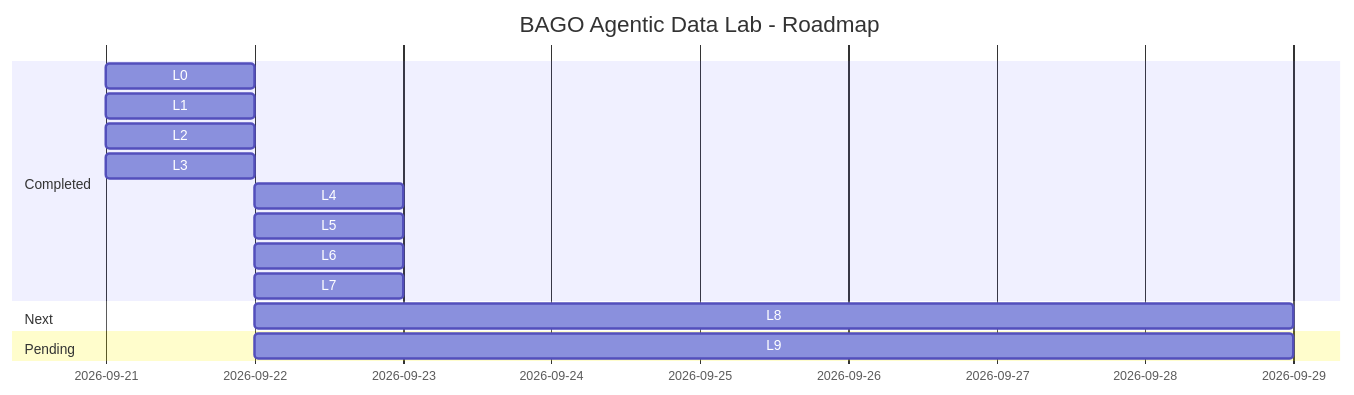
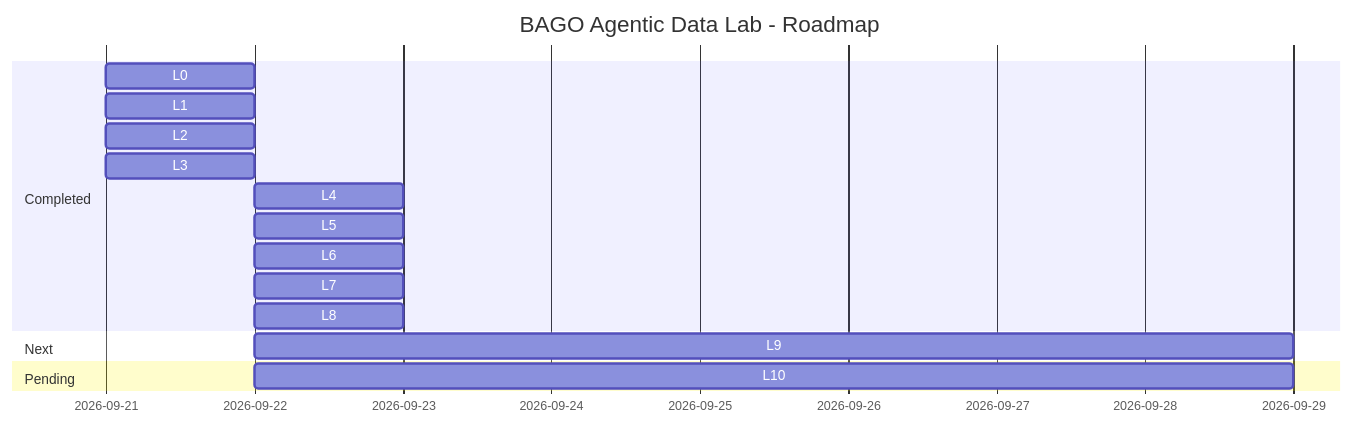
The diagram in README.md (MarcValls/BAGO_AGENTIC_DATA_LAB), drawn with Mermaid before and after one commit. The commit also changed other lines of this file and 11 other files, not shown here.

Commit message:
feat: add governed OpenMetadata catalog adapter

````diff
--- a/README.md
+++ b/README.md
@@ -29,21 +29,22 @@
 ```mermaid
 gantt
     title BAGO Agentic Data Lab - Roadmap
     dateFormat  YYYY-MM-DD
     
     section Completed
     L0: Baseline           :done, 2026-09-21, 1d
     L1: LangGraph          :done, 2026-09-21, 1d
     L2: ETL Pipeline       :done, 2026-09-21, 1d
     L3: Metadata            :done, 2026-09-21, 1d
     L4: Governed RAG        :done, 2026-09-22, 1d
     L5: MCP                :done, 2026-09-22, 1d
     L6: AWS Bedrock        :done, 2026-09-22, 1d
     L7: Bedrock KB         :done, 2026-09-22, 1d
+    L8: Metadata Catalog   :done, 2026-09-22, 1d
 
     section Next
-    L8: Metadata Catalog   :active, after L7, 7d
+    L9: End-to-End Agent   :active, after L8, 7d
     
     section Pending
-    L9: End-to-End Agent   :crit, after L8, 7d
+    L10: Future Extensions  :crit, after L9, 7d
 ```
````
